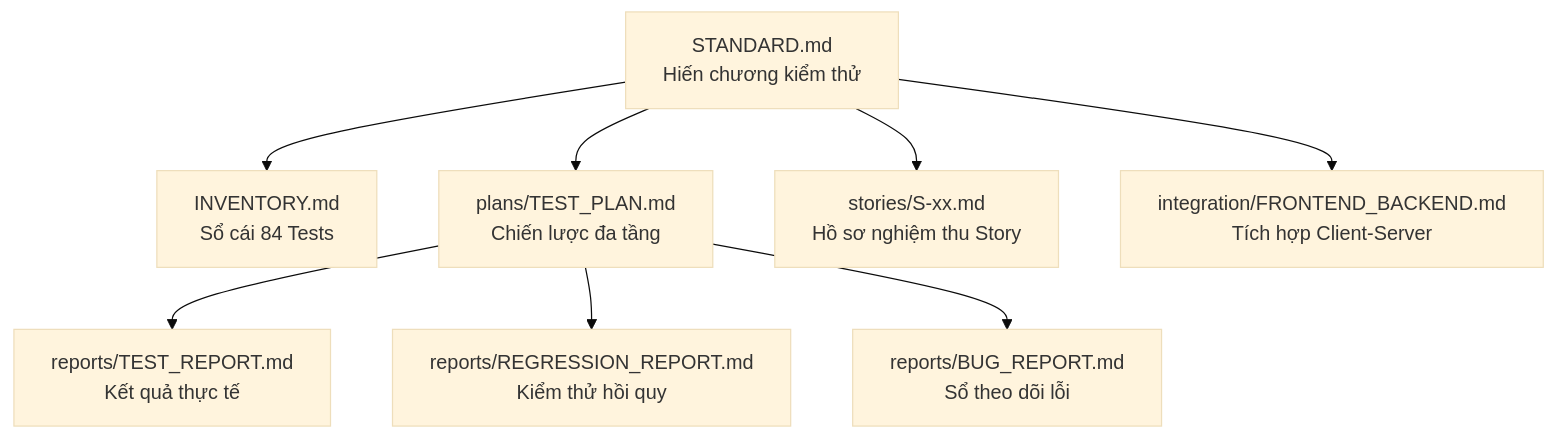
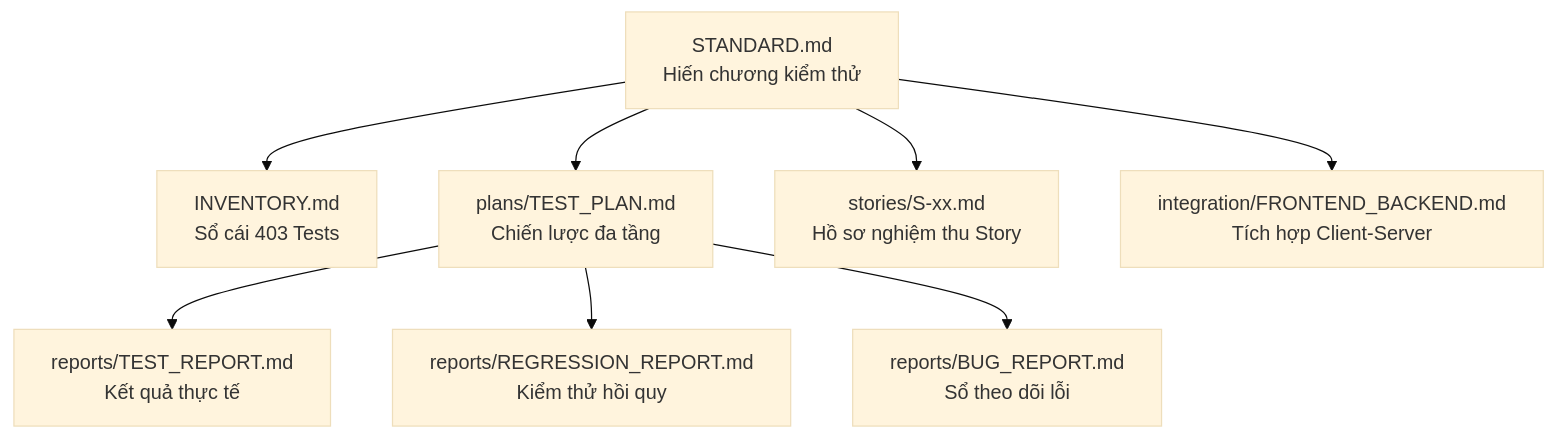
Before and after one commit to dtc245010004-creator/My-Software-Team: the diagram in docs/architecture/PROJECT_STRUCTURE.md, drawn with Mermaid (base theme). The commit also changed other lines of this file and 20 other files, not shown here.

````diff
--- a/docs/architecture/PROJECT_STRUCTURE.md
+++ b/docs/architecture/PROJECT_STRUCTURE.md
@@ -217,10 +223,10 @@
 ```mermaid
 flowchart TD
-    STD[STANDARD.md<br/>Hiến chương kiểm thử] --> INV[INVENTORY.md<br/>Sổ cái 84 Tests]
+    STD[STANDARD.md<br/>Hiến chương kiểm thử] --> INV[INVENTORY.md<br/>Sổ cái 403 Tests]
     STD --> PLAN[plans/TEST_PLAN.md<br/>Chiến lược đa tầng]
     PLAN --> REP[reports/TEST_REPORT.md<br/>Kết quả thực tế]
     PLAN --> REG[reports/REGRESSION_REPORT.md<br/>Kiểm thử hồi quy]
     PLAN --> BUG[reports/BUG_REPORT.md<br/>Sổ theo dõi lỗi]
     STD --> STO[stories/S-xx.md<br/>Hồ sơ nghiệm thu Story]
     STD --> INT[integration/FRONTEND_BACKEND.md<br/>Tích hợp Client-Server]
 ```
````
